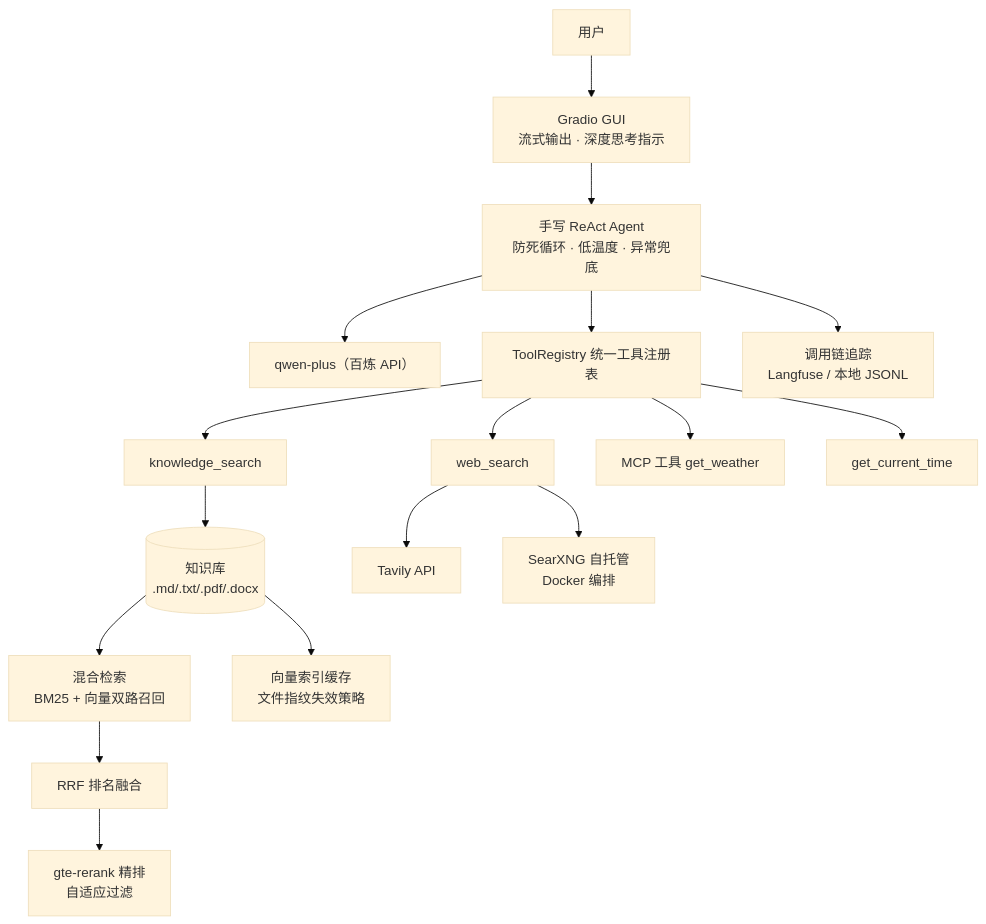
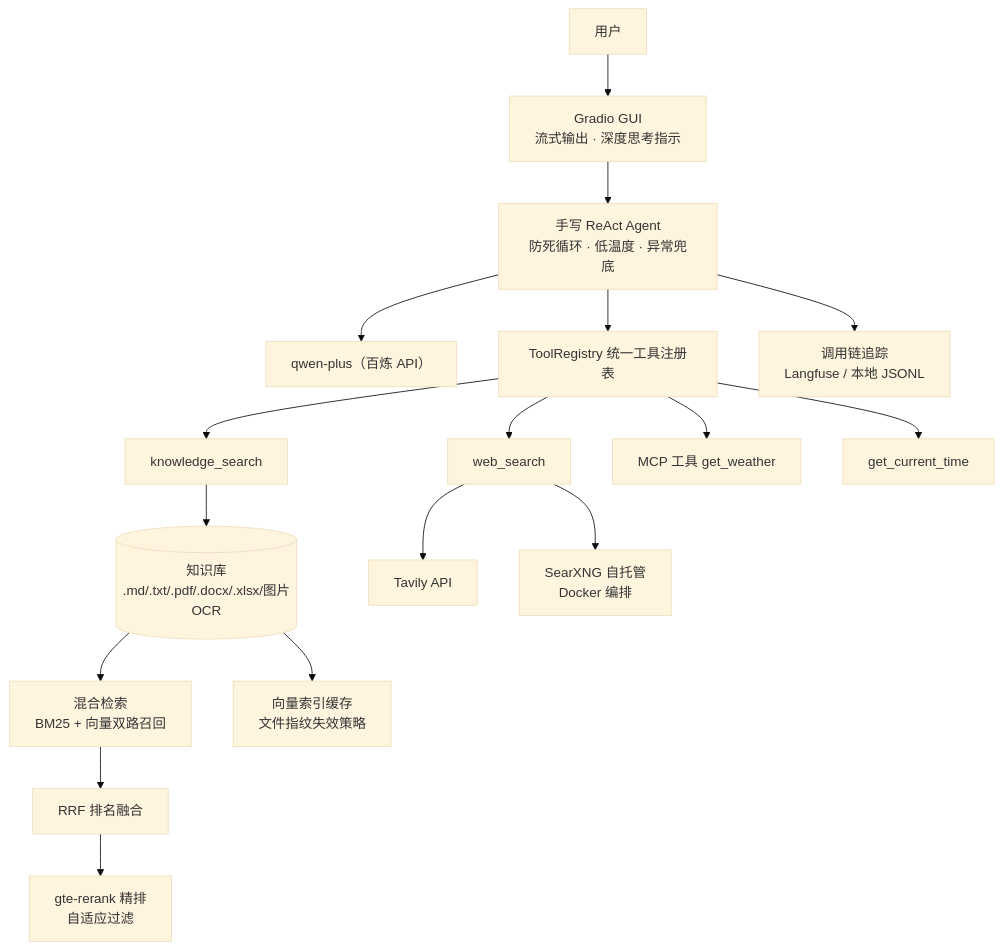
One commit to Ice-Breaking/DocMind changed the diagram in README.md. Above: the diagram before and after it, drawn with Mermaid (base theme). The commit also changed other lines of this file and 8 other files, not shown here.

First line of the commit message:
feat: Excel 解析+预览、图片 OCR+预览（知识库格式全覆盖）

````diff
--- a/README.md
+++ b/README.md
@@ -11,23 +11,23 @@
 ```mermaid
 flowchart TD
     U[用户] --> GUI[Gradio GUI\n流式输出 · 深度思考指示]
     GUI --> A[手写 ReAct Agent\n防死循环 · 低温度 · 异常兜底]
     A --> LLM[qwen-plus（百炼 API）]
     A --> TR[ToolRegistry 统一工具注册表]
 
     TR --> KS[knowledge_search]
     TR --> WS[web_search]
     TR --> MCPP[MCP 工具 get_weather]
     TR --> TIME[get_current_time]
 
-    KS --> KB[(知识库\n.md/.txt/.pdf/.docx)]
+    KS --> KB[(知识库\n.md/.txt/.pdf/.docx/.xlsx/图片OCR)]
     KB --> H[混合检索\nBM25 + 向量双路召回]
     H --> RRF[RRF 排名融合]
     RRF --> RK[gte-rerank 精排\n自适应过滤]
 
     WS --> TV[Tavily API]
     WS --> SX[SearXNG 自托管\nDocker 编排]
 
     A --> TRACE[调用链追踪\nLangfuse / 本地 JSONL]
     KB --> CACHE[向量索引缓存\n文件指纹失效策略]
 ```
````
